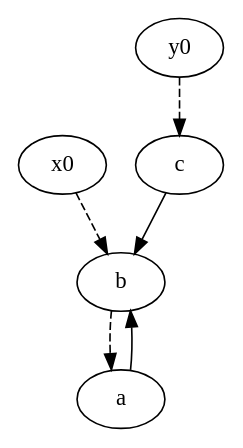
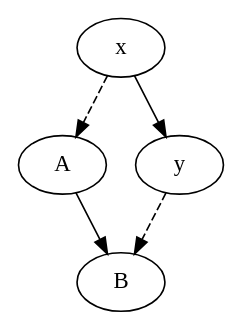
Before and after one commit to Champitoad/coq-actema: the diagram in graph.dot, drawn with Graphviz. The commit also changed 3 other files, not shown here.

```diff
--- a/graph.dot
+++ b/graph.dot
@@ -1,15 +1,13 @@
 digraph G {
-  x0;
-  a;
-  c;
-  b;
-  y0;
+  B;
+  A;
+  y;
+  x;
   
   
-  x0 -> b [style="dashed", ];
-  a -> b;
-  c -> b;
-  b -> a [style="dashed", ];
-  y0 -> c [style="dashed", ];
+  A -> B;
+  y -> B [style="dashed", ];
+  x -> A [style="dashed", ];
+  x -> y;
   
   }
```
